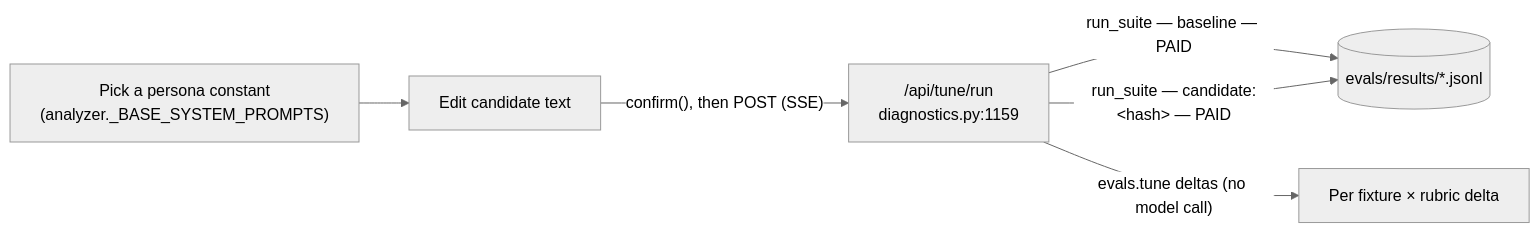
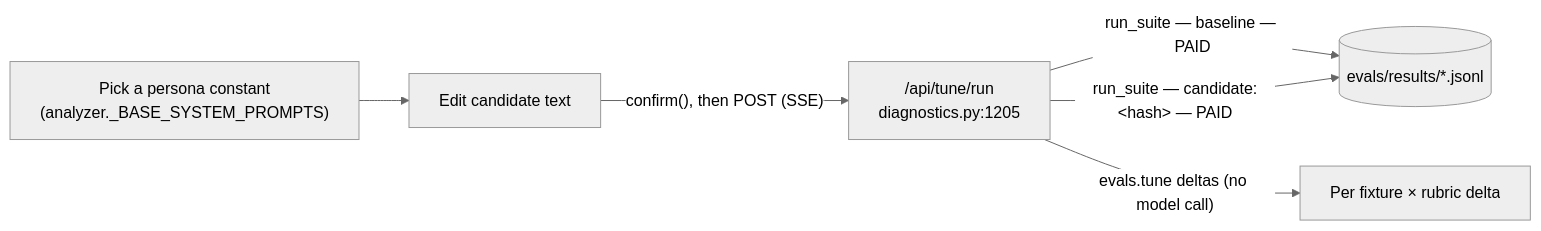
One commit to take-tempo-public/sartor changed the fourth of 5 diagrams in docs/dev/diagnostics.md. Above: the diagram before and after it, drawn with Mermaid (neutral theme). The commit also changed other lines of this file and 11 other files, not shown here.

````diff
--- a/docs/dev/diagnostics.md
+++ b/docs/dev/diagnostics.md
@@ -138,8 +145,8 @@
 ```mermaid
 flowchart LR
   pick["Pick a persona constant<br/>(analyzer._BASE_SYSTEM_PROMPTS)"] --> edit["Edit candidate text"]
-  edit -->|"confirm(), then POST (SSE)"| tr["/api/tune/run<br/>diagnostics.py:1159"]
+  edit -->|"confirm(), then POST (SSE)"| tr["/api/tune/run<br/>diagnostics.py:1205"]
   tr -->|"run_suite — baseline — PAID"| res[("evals/results/*.jsonl")]
   tr -->|"run_suite — candidate:&lt;hash&gt; — PAID"| res
   tr -->|"evals.tune deltas (no model call)"| delta["Per fixture × rubric delta"]
 ```
````
